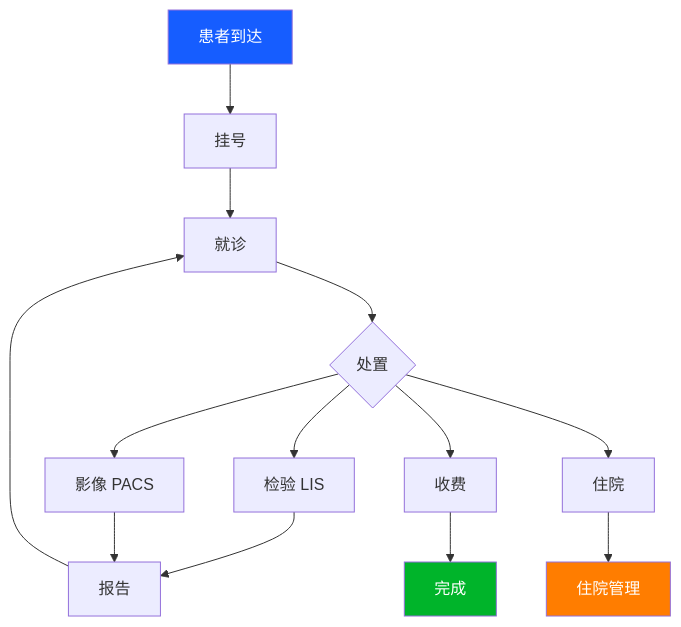
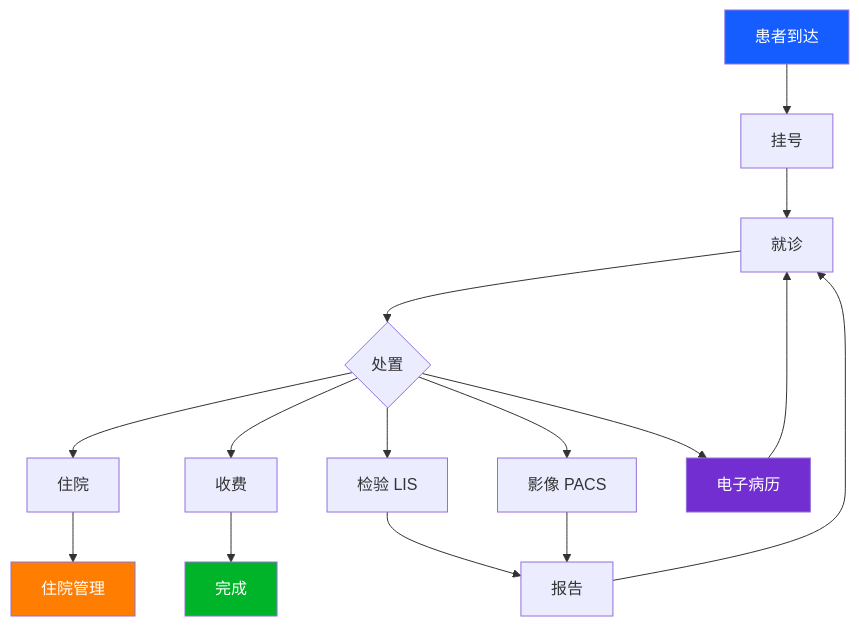
Before and after one commit to ziqiu0/obsidian-vault: the first of 2 diagrams in projects/HIS-LIS-PACS 实施进度.md, drawn with Mermaid. The commit also changed other lines of this file and 18 other files, not shown here.

````diff
--- a/projects/HIS-LIS-PACS 实施进度.md
+++ b/projects/HIS-LIS-PACS 实施进度.md
@@ -117,19 +139,22 @@
 ```mermaid
 flowchart TD
     A[患者到达] --> B[挂号]
     B --> C[就诊]
     C --> D{处置}
     D --> E[检验 LIS]
     D --> F[影像 PACS]
     D --> G[收费]
     D --> H[住院]
-    E --> I[报告]
-    F --> I
+    D --> I[电子病历]
+    E --> J[报告]
+    F --> J
+    J --> C
+    G --> K[完成]
+    H --> L[住院管理]
     I --> C
-    G --> J[完成]
-    H --> K[住院管理]
 
     style A fill:#165DFF,color:#fff
-    style J fill:#00B42A,color:#fff
-    style K fill:#FF7D00,color:#fff
+    style K fill:#00B42A,color:#fff
+    style L fill:#FF7D00,color:#fff
+    style I fill:#722ED1,color:#fff
 ```
````
